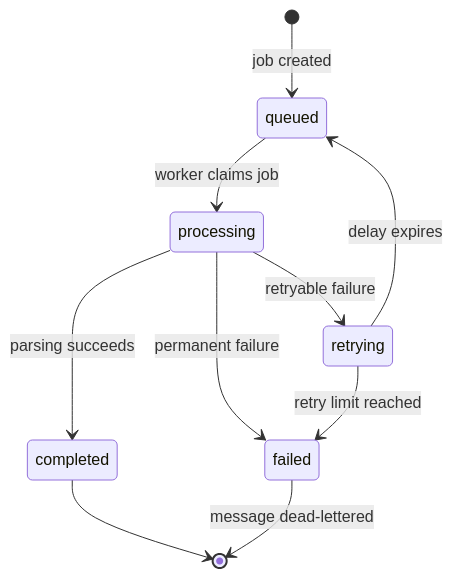
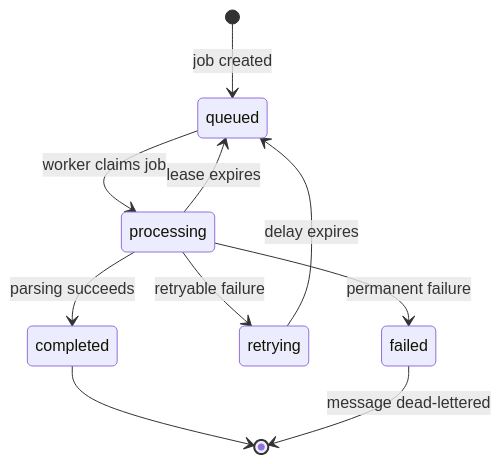
Before and after one commit to cv-parser-team/Backend: the third of 4 diagrams in docs/modules/document-processing.md, drawn with Mermaid. The commit also changed other lines of this file and 29 other files, not shown here.

````diff
--- a/docs/modules/document-processing.md
+++ b/docs/modules/document-processing.md
@@ -110,12 +127,12 @@
 ```mermaid
 stateDiagram-v2
     [*] --> queued: job created
     queued --> processing: worker claims job
     processing --> completed: parsing succeeds
     processing --> retrying: retryable failure
     retrying --> queued: delay expires
+    processing --> queued: lease expires
     processing --> failed: permanent failure
-    retrying --> failed: retry limit reached
     completed --> [*]
     failed --> [*]: message dead-lettered
 ```
````
